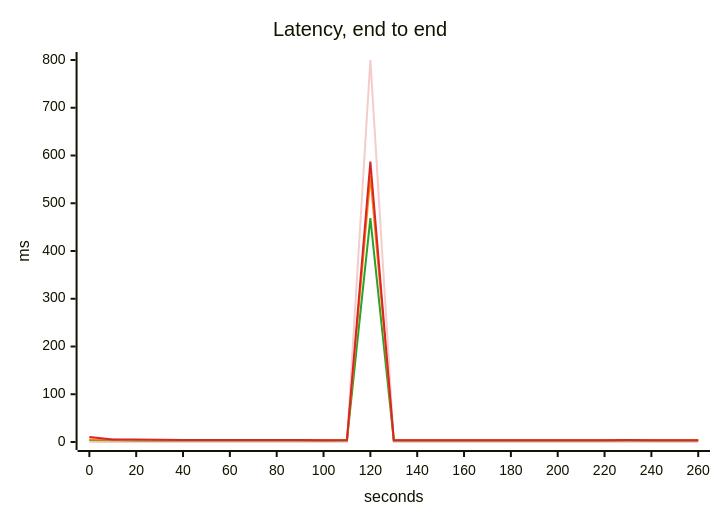
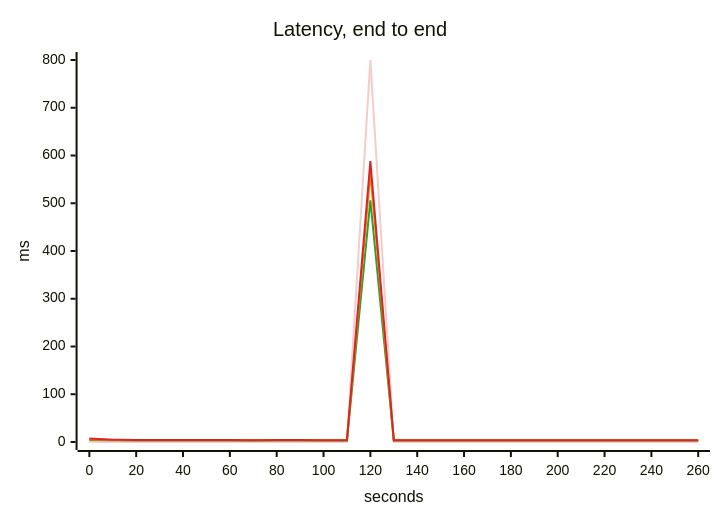
Before and after one commit to akinfemi/load-lore: the third of 5 diagrams in scenarios/slow-dependency/solutions/fewer-retries/report.md, drawn with Mermaid. The commit also changed other lines of this file and 23 other files, not shown here.

````diff
--- a/scenarios/slow-dependency/solutions/fewer-retries/report.md
+++ b/scenarios/slow-dependency/solutions/fewer-retries/report.md
@@ -55,17 +55,17 @@
 ```mermaid
 ---
 config:
   themeVariables:
     xyChart:
       backgroundColor: "transparent"
       plotColorPalette: "#f4cccc, #2ca02c, #ff7f0e, #d62728"
 ---
 xychart-beta
     title "Latency, end to end"
     x-axis "seconds" 0 --> 260
     y-axis "ms" 0 --> 800
     line [0, 0, 0, 0, 0, 0, 0, 0, 0, 0, 0, 0, 800, 0, 0, 0, 0, 0, 0, 0, 0, 0, 0, 0, 0, 0, 0]
-    line [4.083, 3.571, 3.35, 3.231, 3.187, 3.158, 3.162, 3.135, 3.123, 3.138, 3.122, 3.12, 468.877, 3.14, 3.149, 3.132, 3.137, 3.131, 3.127, 3.145, 3.138, 3.133, 3.132, 3.14, 3.148, 3.127, 3.133]
-    line [5.406, 4.5, 4.06, 3.831, 3.781, 3.709, 3.739, 3.594, 3.622, 3.576, 3.576, 3.577, 557.417, 3.608, 3.582, 3.573, 3.576, 3.578, 3.566, 3.592, 3.571, 3.575, 3.57, 3.621, 3.576, 3.608, 3.64]
-    line [10.283, 5.064, 5.054, 4.493, 4.331, 4.165, 4.201, 4.181, 3.988, 4.024, 3.9, 3.942, 587.166, 3.871, 3.852, 3.866, 3.873, 3.861, 3.844, 3.887, 3.87, 3.844, 3.854, 3.961, 3.85, 3.867, 3.89]
+    line [4.125, 3.512, 3.351, 3.244, 3.17, 3.129, 3.143, 3.143, 3.129, 3.13, 3.133, 3.135, 506.185, 3.146, 3.137, 3.141, 3.142, 3.132, 3.139, 3.131, 3.147, 3.157, 3.145, 3.14, 3.155, 3.129, 3.147]
+    line [5.843, 4.338, 3.874, 3.823, 3.696, 3.643, 3.591, 3.576, 3.631, 3.603, 3.593, 3.579, 563.384, 3.641, 3.573, 3.577, 3.578, 3.575, 3.58, 3.581, 3.621, 3.646, 3.64, 3.624, 3.652, 3.626, 3.621]
+    line [7.149, 4.949, 4.234, 4.413, 4.036, 3.999, 4.124, 3.884, 4.068, 4.083, 3.906, 3.906, 588.36, 3.875, 3.866, 3.869, 3.861, 3.877, 3.89, 3.881, 3.892, 3.886, 3.882, 3.866, 3.894, 3.893, 3.901]
 ```
````
